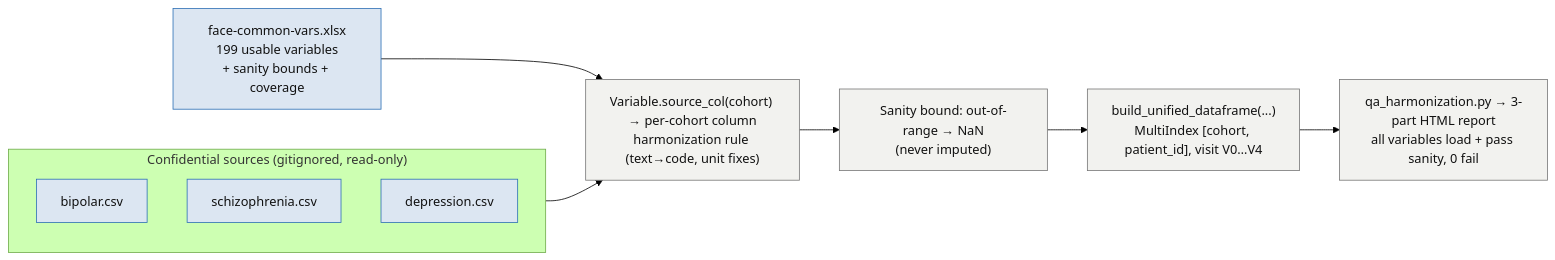
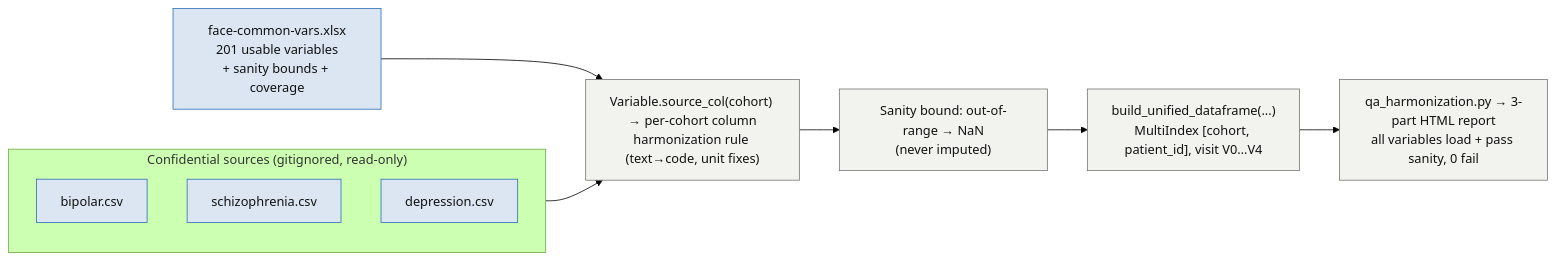
One commit to AndriiKulakovskyi/face-trans-diagnostic-phenotypes changed the second of 10 diagrams in docs/PIPELINE.md. Above: the diagram before and after it, drawn with Mermaid (forest theme). The commit also changed other lines of this file and 24 other files, not shown here.

````diff
--- a/docs/PIPELINE.md
+++ b/docs/PIPELINE.md
@@ -78,18 +78,18 @@
 ```mermaid
 flowchart LR
     classDef data fill:#DCE6F2,stroke:#2C6FB5,color:#111
     classDef proc fill:#F2F2EF,stroke:#777,color:#111
     subgraph SRC["Confidential sources (gitignored, read-only)"]
         direction TB
         C1["bipolar.csv"]:::data
         C2["schizophrenia.csv"]:::data
         C3["depression.csv"]:::data
     end
-    DICT["face-common-vars.xlsx<br/>199 usable variables<br/>+ sanity bounds + coverage"]:::data
+    DICT["face-common-vars.xlsx<br/>201 usable variables<br/>+ sanity bounds + coverage"]:::data
     SRC --> R
     DICT --> R
     R["Variable.source_col(cohort) → per-cohort column<br/>harmonization rule (text→code, unit fixes)"]:::proc
     R --> S["Sanity bound: out-of-range → NaN<br/>(never imputed)"]:::proc
     S --> U["build_unified_dataframe(...)<br/>MultiIndex [cohort, patient_id], visit V0…V4"]:::proc
     U --> QA["qa_harmonization.py → 3-part HTML report<br/>all variables load + pass sanity, 0 fail"]:::proc
 ```
````
